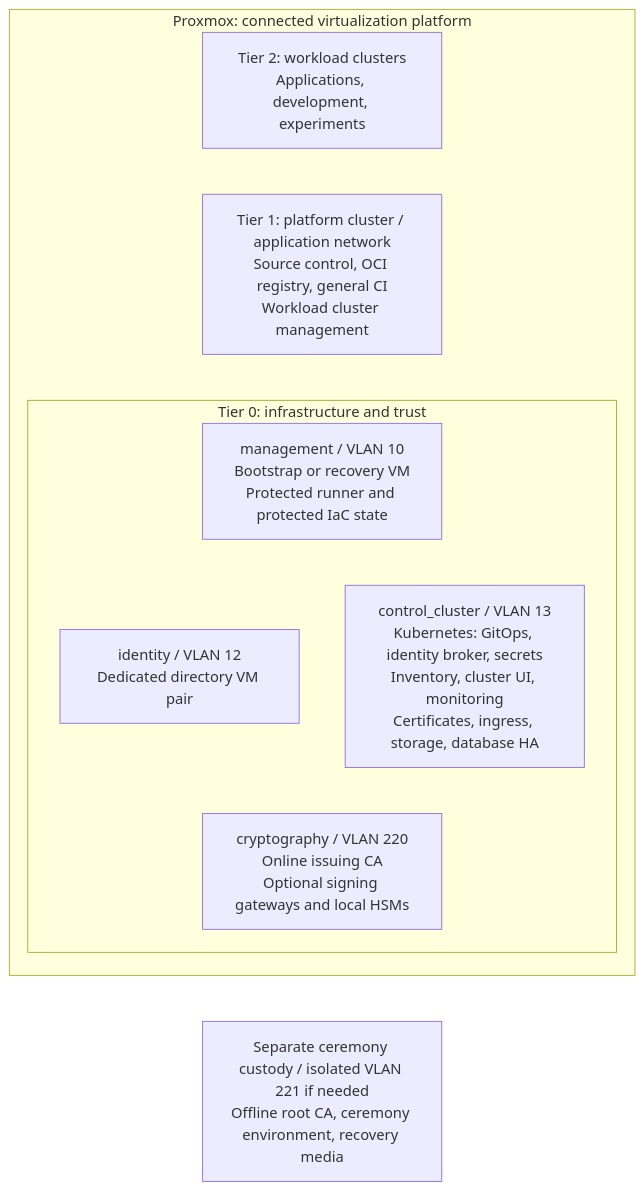
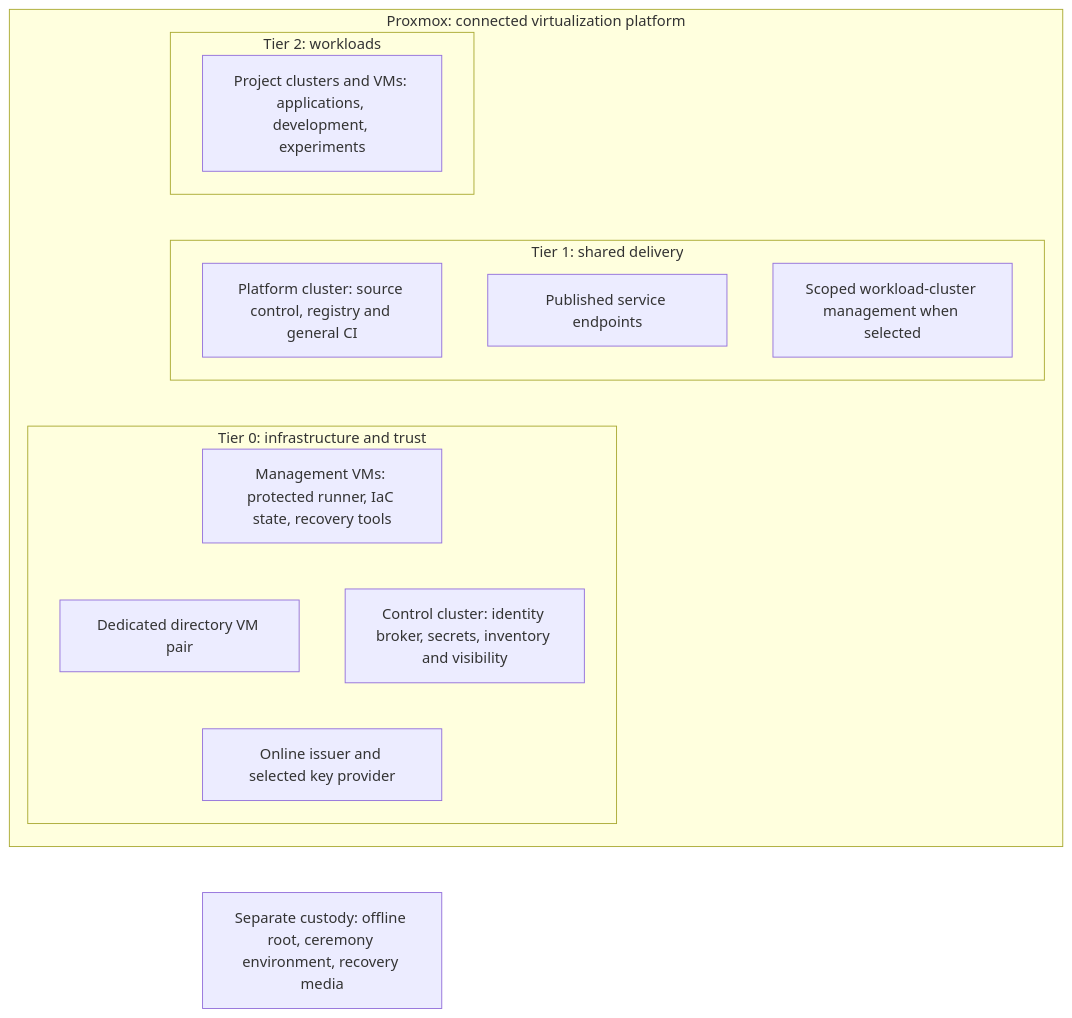
One commit to Rexus/homelab changed the first of 2 diagrams in docs/architecture/reference-platform.md. Above: the diagram before and after it, drawn with Mermaid. The commit also changed other lines of this file and 89 other files, not shown here.

Commit message:
feat(iac): add tier clusters and top-down architecture

````diff
--- a/docs/architecture/reference-platform.md
+++ b/docs/architecture/reference-platform.md
@@ -26,20 +36,26 @@
 ```mermaid
 flowchart TB
   subgraph PVE["Proxmox: connected virtualization platform"]
-    T2["Tier 2: workload clusters<br/>Applications, development, experiments"]
-    T1["Tier 1: platform cluster / application network<br/>Source control, OCI registry, general CI<br/>Workload cluster management"]
+    subgraph T2["Tier 2: workloads"]
+      Workloads["Project clusters and VMs: applications, development, experiments"]
+    end
+    subgraph T1["Tier 1: shared delivery"]
+      Delivery["Platform cluster: source control, registry and general CI"]
+      Edge["Published service endpoints"]
+      WorkloadManagement["Scoped workload-cluster management when selected"]
+    end
     subgraph T0["Tier 0: infrastructure and trust"]
-      M["management / VLAN 10<br/>Bootstrap or recovery VM<br/>Protected runner and protected IaC state"]
-      I["identity / VLAN 12<br/>Dedicated directory VM pair"]
-      K["control_cluster / VLAN 13<br/>Kubernetes: GitOps, identity broker, secrets<br/>Inventory, cluster UI, monitoring<br/>Certificates, ingress, storage, database HA"]
-      C["cryptography / VLAN 220<br/>Online issuing CA<br/>Optional signing gateways and local HSMs"]
+      M["Management VMs: protected runner, IaC state, recovery tools"]
+      I["Dedicated directory VM pair"]
+      K["Control cluster: identity broker, secrets, inventory and visibility"]
+      C["Online issuer and selected key provider"]
       M ~~~ I
       M ~~~ K
       I ~~~ C
       K ~~~ C
     end
-    T2 ~~~ T1 ~~~ M
+    Workloads ~~~ Delivery ~~~ M
   end
-  Offline["Separate ceremony custody / isolated VLAN 221 if needed<br/>Offline root CA, ceremony environment, recovery media"]
+  Offline["Separate custody: offline root, ceremony environment, recovery media"]
   C ~~~ Offline
 ```
````
